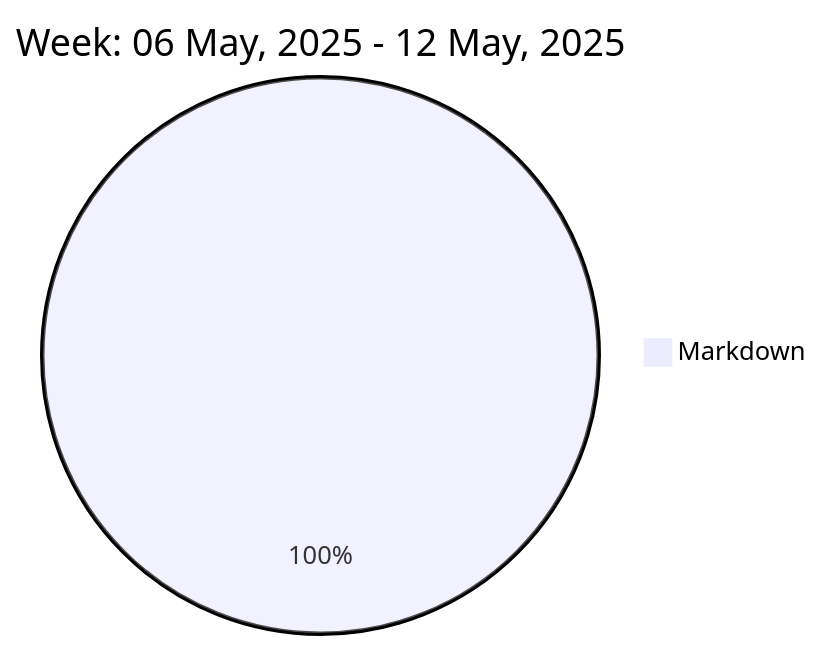
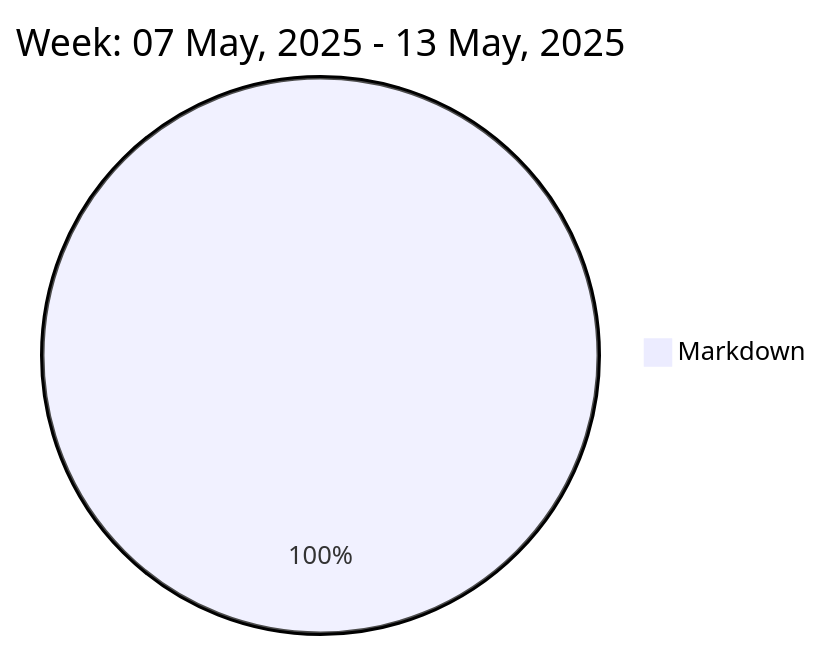
The diagram in README.md (liubin95/liubin95), drawn with Mermaid before and after one commit.

Commit message:
Updated the Graph with new Metrics

````diff
--- a/README.md
+++ b/README.md
@@ -37,5 +37,5 @@
 ```mermaid
  pie
-title Week: 06 May, 2025 - 12 May, 2025
- "Markdown" : 3.72
+title Week: 07 May, 2025 - 13 May, 2025
+ "Markdown" : 1.95
 ```
````
